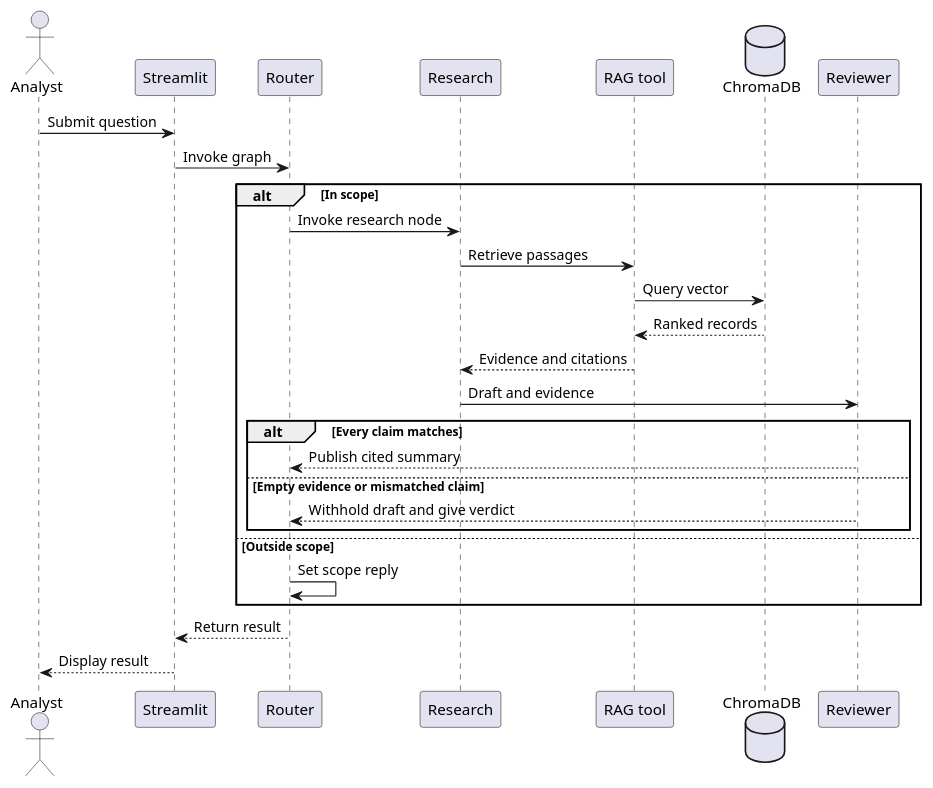
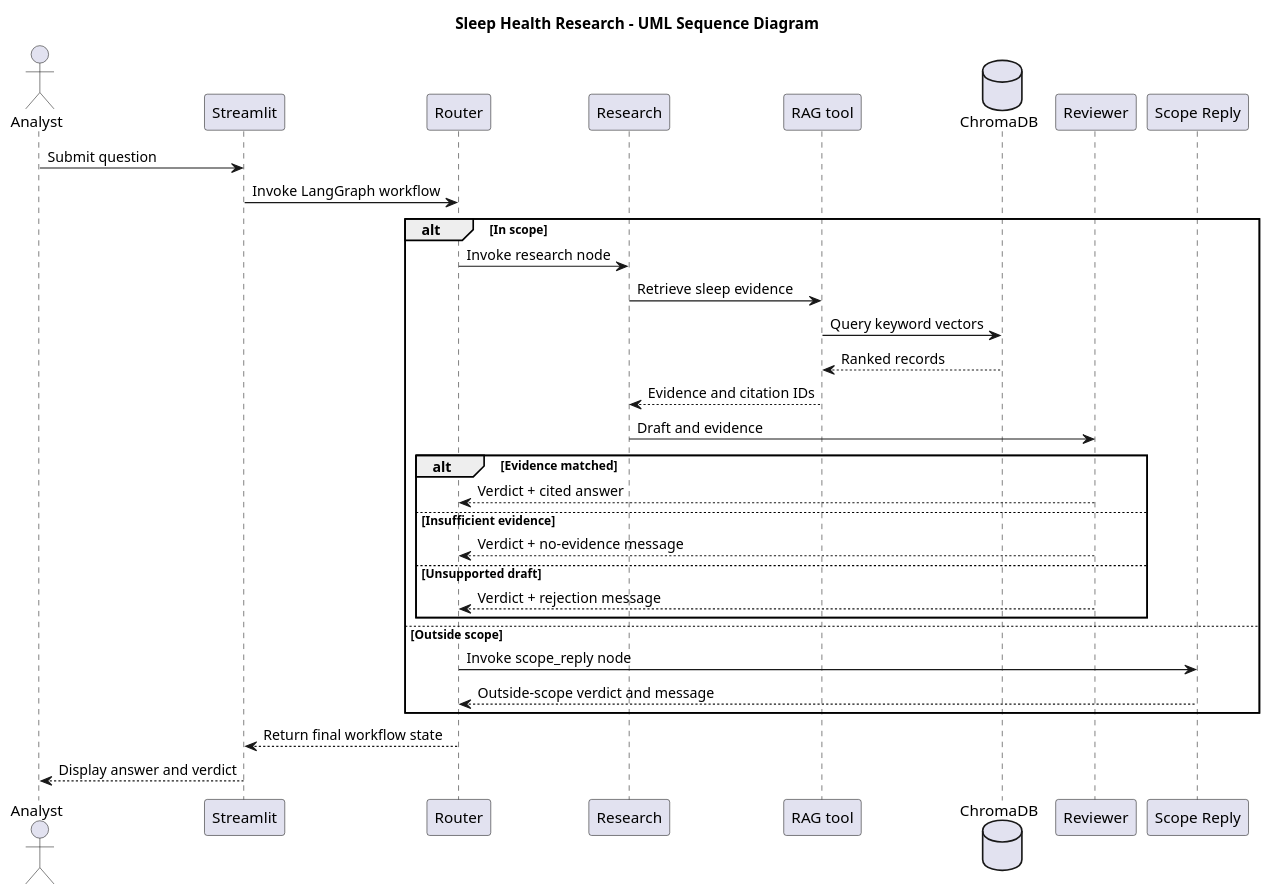
Before and after one commit to vkulesh-netizen/group-1: the diagram in interaction.puml, drawn with PlantUML. The commit also changed other lines of this file and 2 other files, not shown here.

Commit message:
Correct architecture component and sequence diagrams

```diff
--- a/interaction.puml
+++ b/interaction.puml
@@ -1,28 +2,41 @@
 @startuml
+title Sleep Health Research - UML Sequence Diagram
+
 actor Analyst
 participant Streamlit
 participant Router
 participant Research
 participant "RAG tool" as RAG
 database ChromaDB
 participant Reviewer
+participant "Scope Reply" as Scope
+
 Analyst -> Streamlit: Submit question
-Streamlit -> Router: Invoke graph
+Streamlit -> Router: Invoke LangGraph workflow
+
 alt In scope
-  Router -> Research: Invoke research node
-  Research -> RAG: Retrieve passages
-  RAG -> ChromaDB: Query vector
-  ChromaDB --> RAG: Ranked records
-  RAG --> Research: Evidence and citations
-  Research -> Reviewer: Draft and evidence
-  alt Every claim matches
-    Reviewer --> Router: Publish cited summary
-  else Empty evidence or mismatched claim
-    Reviewer --> Router: Withhold draft and give verdict
-  end
+    Router -> Research: Invoke research node
+    Research -> RAG: Retrieve sleep evidence
+    RAG -> ChromaDB: Query keyword vectors
+    ChromaDB --> RAG: Ranked records
+    RAG --> Research: Evidence and citation IDs
+
+    Research -> Reviewer: Draft and evidence
+
+    alt Evidence matched
+        Reviewer --> Router: Verdict + cited answer
+    else Insufficient evidence
+        Reviewer --> Router: Verdict + no-evidence message
+    else Unsupported draft
+        Reviewer --> Router: Verdict + rejection message
+    end
+
 else Outside scope
-  Router -> Router: Set scope reply
+    Router -> Scope: Invoke scope_reply node
+    Scope --> Router: Outside-scope verdict and message
 end
-Router --> Streamlit: Return result
-Streamlit --> Analyst: Display result
+
+Router --> Streamlit: Return final workflow state
+Streamlit --> Analyst: Display answer and verdict
+
 @enduml
```
